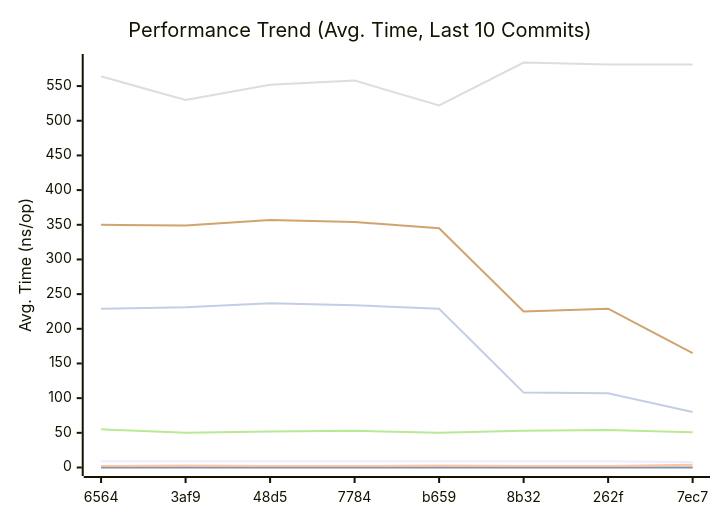
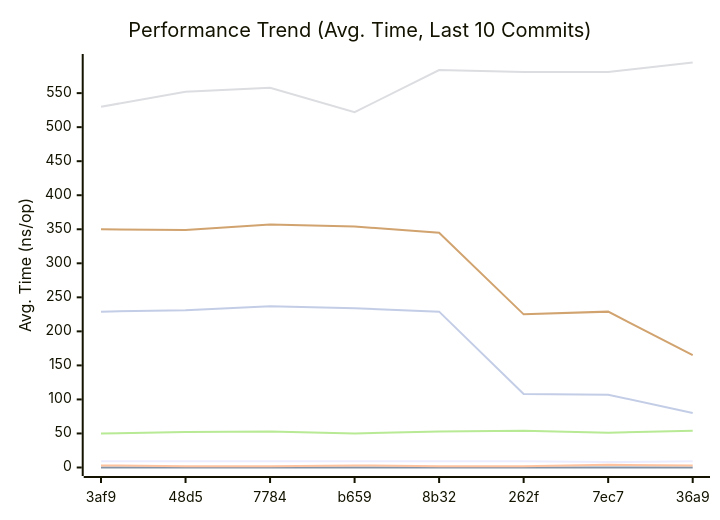
The first of 3 diagrams in doc/README.md (alsotoes/momo), drawn with Mermaid before and after one commit. The commit also changed other lines of this file and 1 other file, not shown here.

````diff
--- a/doc/README.md
+++ b/doc/README.md
@@ -296,14 +296,14 @@
 ```mermaid
 xychart-beta
     title "Performance Trend (Avg. Time, Last 10 Commits)"
     x-axis "Commit"
     y-axis "Avg. Time (ns/op)"
-    x-axis [6564,3af9,48d5,7784,b659,8b32,262f,7ec7]
-    line "CheckMetricsAndSwap" [9,9,9,9,9,9,9,8,9,10]
+    x-axis [3af9,48d5,7784,b659,8b32,262f,7ec7,36a9]
+    line "CheckMetricsAndSwap" [9,9,9,9,9,9,8,9,10,9]
     line "IndexDirectTracking" [0,0,0,0,0,0,0,0,0,0]
-    line "IndexSearch" [2,3,2,2,3,2,2,4,3,3]
-    line "LoadGlobalConfig" [564,530,552,558,522,584,581,581,595,544]
-    line "PadString" [55,50,52,53,50,53,54,51,54,50]
+    line "IndexSearch" [3,2,2,3,2,2,4,3,3,2]
+    line "LoadGlobalConfig" [530,552,558,522,584,581,581,595,544,594]
+    line "PadString" [50,52,53,50,53,54,51,54,50,53]
     line "ParseReplicationOrder_NoPrealloc" [350,349,357,354,345,225,229,165,232,234]
     line "ParseReplicationOrder_Prealloc" [229,231,237,234,229,108,107,80,110,109]
 ```
````
